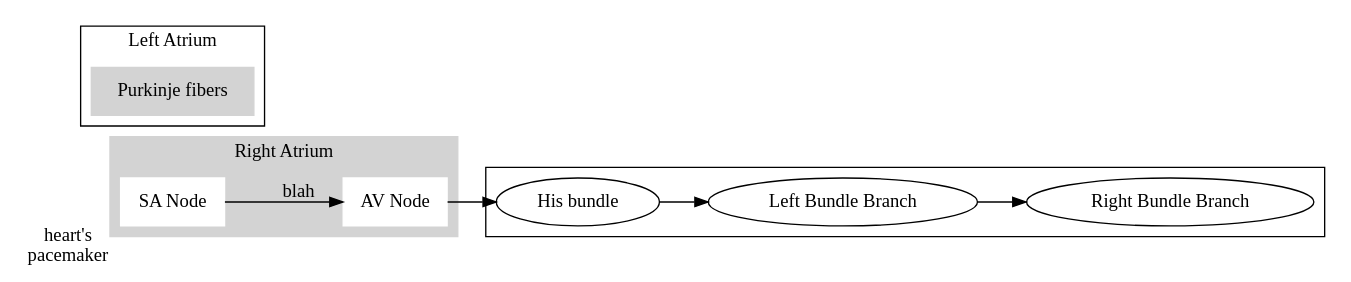
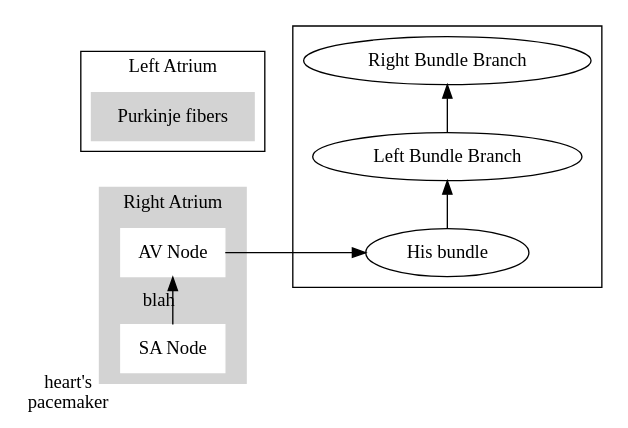
The diagram in NURS380_Practicum/Topics/EKG/EKG and Rhythms.md (meirisoda/school_spring2024), drawn with Graphviz before and after one commit.

Commit message:
vault backup: 2024-02-19 17:35:57

````diff
--- a/NURS380_Practicum/Topics/EKG/EKG and Rhythms.md
+++ b/NURS380_Practicum/Topics/EKG/EKG and Rhythms.md
@@ -175,35 +175,36 @@
 ```dot
 digraph G {
 	rankdir=LR;
+	newrank=true;
 	subgraph cluster_0{
 		rank=same;
 		label="Right Atrium";
 		style=filled;
 		color=lightgrey;
 		node [style=filled,color=white];
 		orientation=L;
 		A [label="SA Node", xlabel="heart's\npacemaker", shape=box];
 		B [label="AV Node", shape=box];
 		
 		A -> B [label="blah"];
 	}
 	
 	subgraph cluster_1 {
 		rank=same;
 		D0 [label="His bundle"];
 		D1 [label="Left Bundle Branch"];
 		D2 [label="Right Bundle Branch"];
 
 		D0 -> D1 -> D2
 	}
 	
 	subgraph cluster_2 {
 		rank=same;
 		label="Left Atrium";
 		node [style=filled, color=lightgrey];
 		C [label="Purkinje fibers", shape=box];
 	}
 
 	B -> D0
 }
 ```
````
